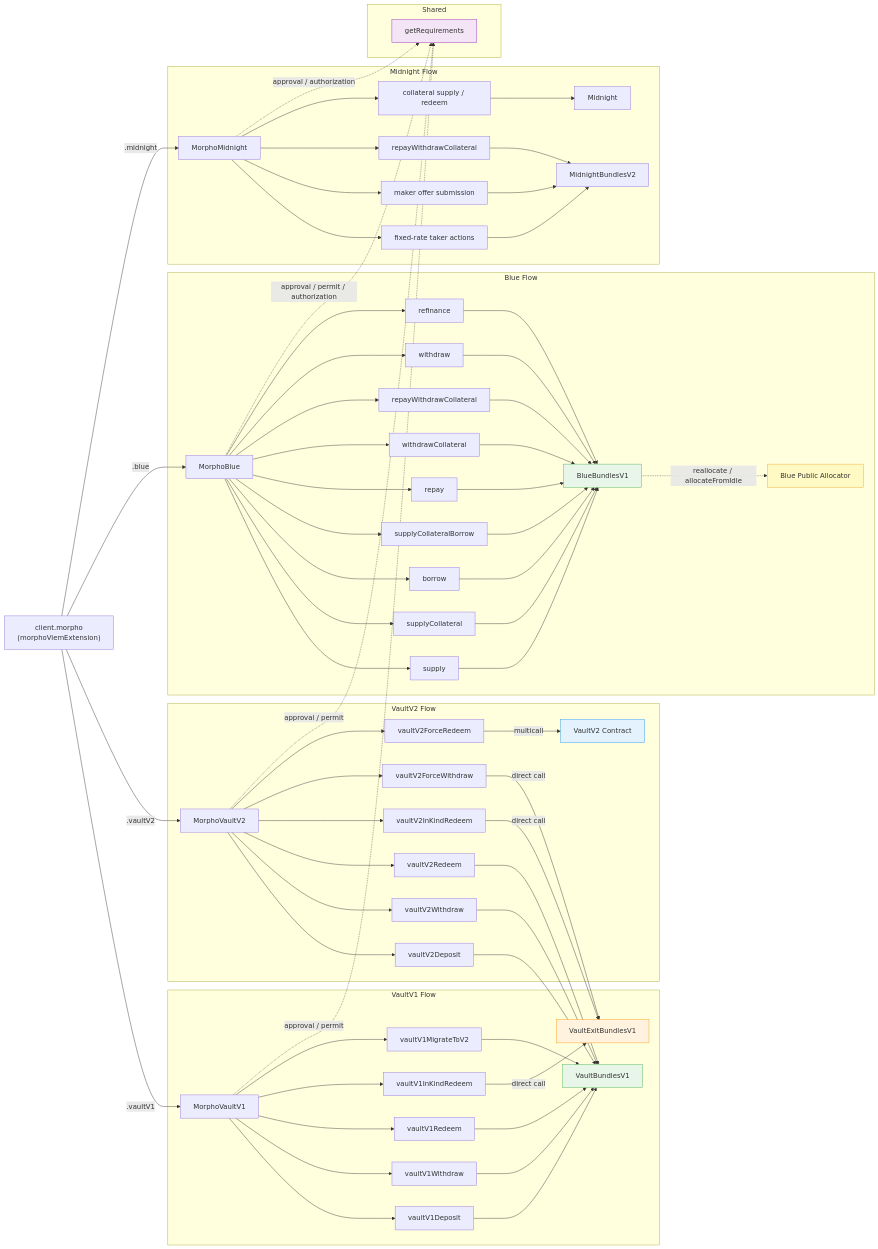
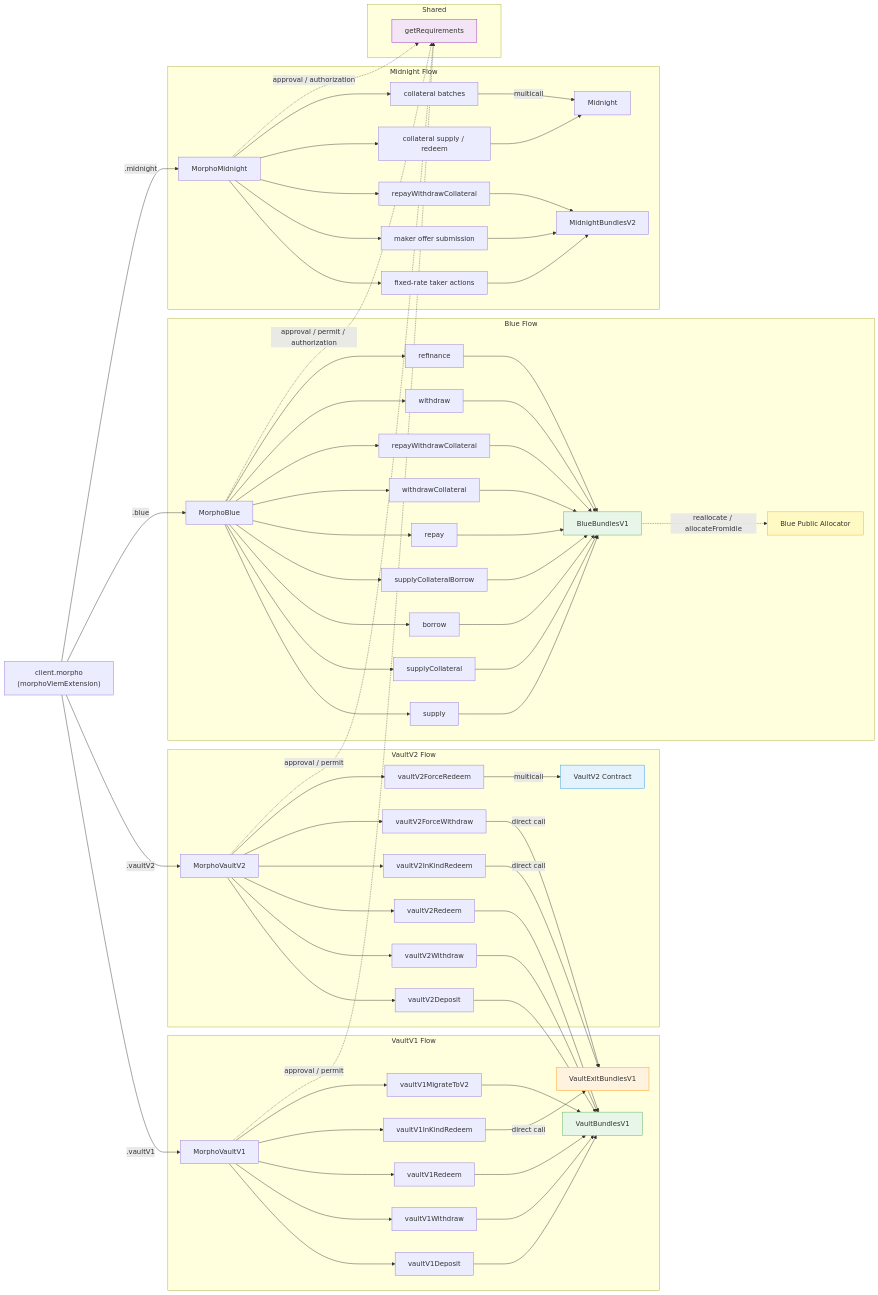
The diagram in packages/morpho-sdk/README.md (morpho-org/sdks), drawn with Mermaid before and after one commit. The commit also changed other lines of this file and 125 other files, not shown here.

```diff
--- a/packages/morpho-sdk/README.md
+++ b/packages/morpho-sdk/README.md
@@ -368,10 +425,12 @@
         MN1 --> MNM[maker offer submission]
         MN1 --> MNR[repayWithdrawCollateral]
         MN1 --> MNP[collateral supply / redeem]
+        MN1 --> MNCB[collateral batches]
         MNT --> MNB2[MidnightBundlesV2]
         MNM --> MNB2
         MNR --> MNB2
         MNP --> MNC[Midnight]
+        MNCB -->|multicall| MNC
     end
 
 
```
